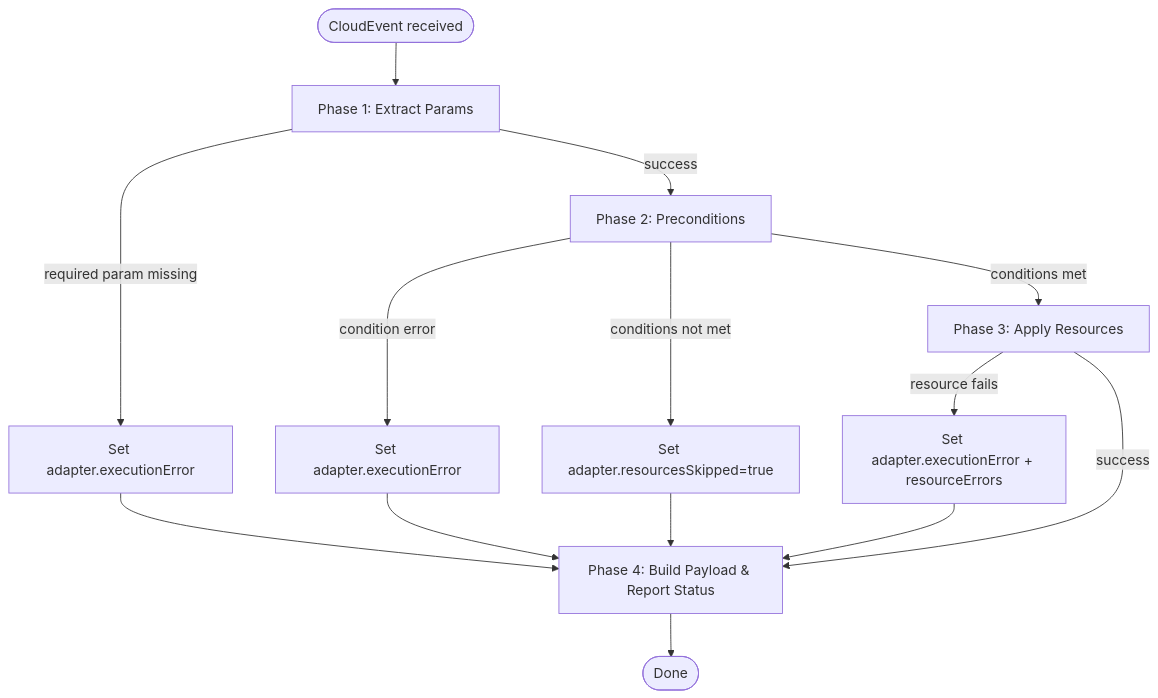
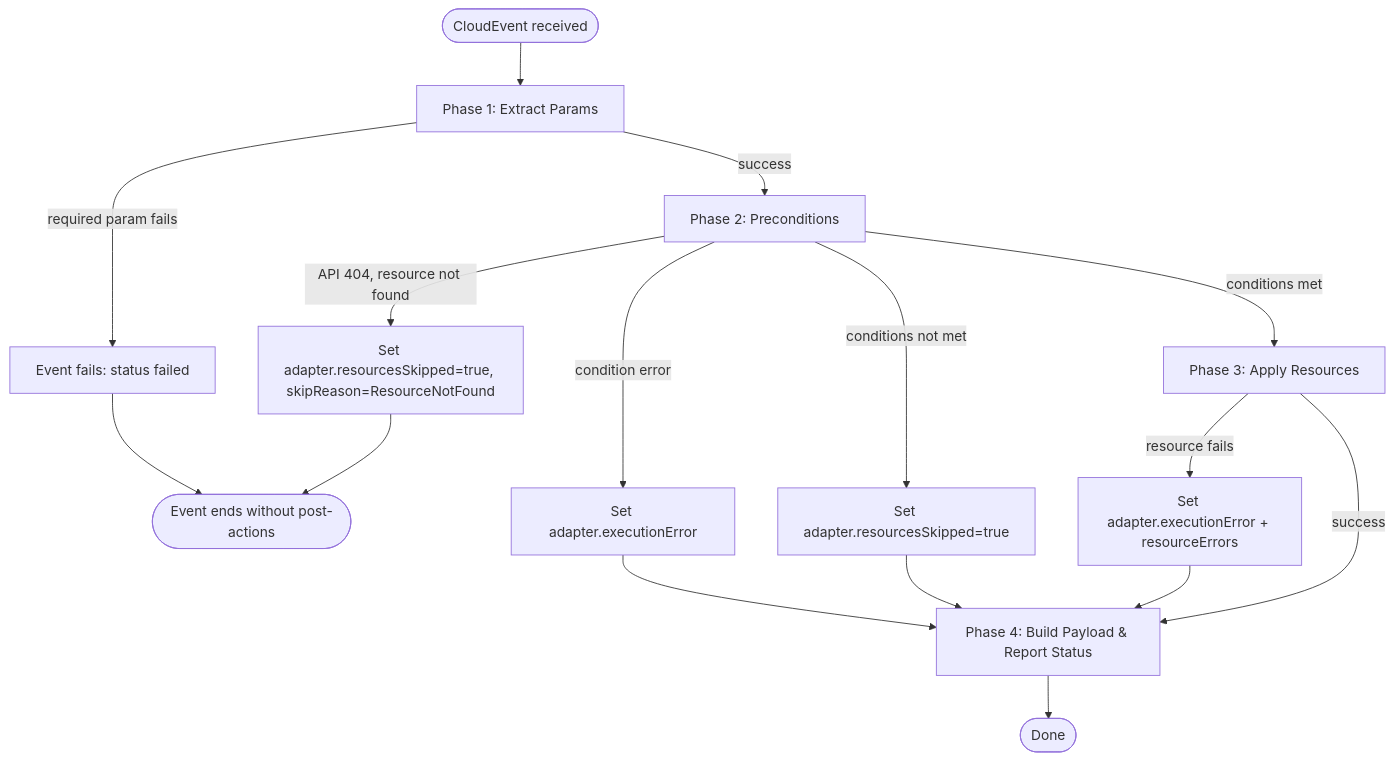
Before and after one commit to kuudori/hyperfleet-adapter: the third of 5 diagrams in docs/adapter-authoring-guide.md, drawn with Mermaid. The commit also changed other lines of this file and 11 other files, not shown here.

````diff
--- a/docs/adapter-authoring-guide.md
+++ b/docs/adapter-authoring-guide.md
@@ -139,17 +142,19 @@
 ```mermaid
 flowchart TD
     START([CloudEvent received]) --> PARAMS[Phase 1: Extract Params]
-    PARAMS -->|required param missing| FAIL_PARAMS[Set adapter.executionError]
-    FAIL_PARAMS --> POST
+    PARAMS -->|required param fails| FAIL_PARAMS[Event fails: status failed]
+    FAIL_PARAMS --> END([Event ends without post-actions])
     PARAMS -->|success| PRECOND[Phase 2: Preconditions]
+    PRECOND -->|API 404, resource not found| NOTFOUND[Set adapter.resourcesSkipped=true, skipReason=ResourceNotFound]
+    NOTFOUND --> END
     PRECOND -->|condition error| FAIL_PRECOND[Set adapter.executionError]
     FAIL_PRECOND --> POST
     PRECOND -->|conditions not met| SKIP[Set adapter.resourcesSkipped=true]
     SKIP --> POST
     PRECOND -->|conditions met| RESOURCES[Phase 3: Apply Resources]
     RESOURCES -->|resource fails| FAIL_RES[Set adapter.executionError + resourceErrors]
     FAIL_RES --> POST
     RESOURCES -->|success| POST
     POST[Phase 4: Build Payload & Report Status]
     POST --> DONE([Done])
 ```
````
